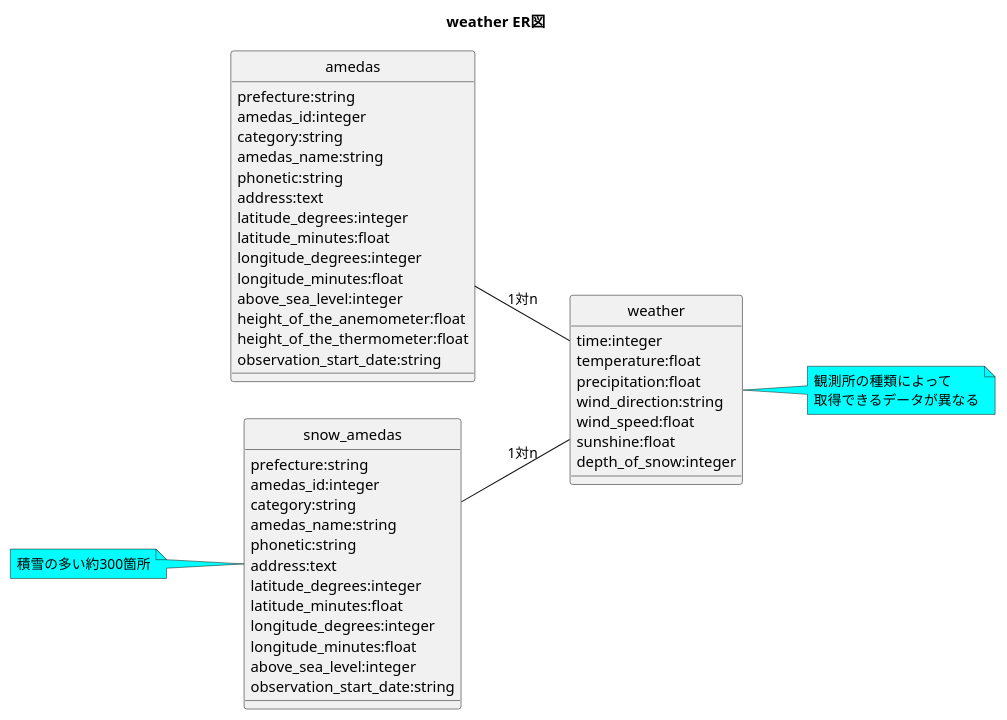
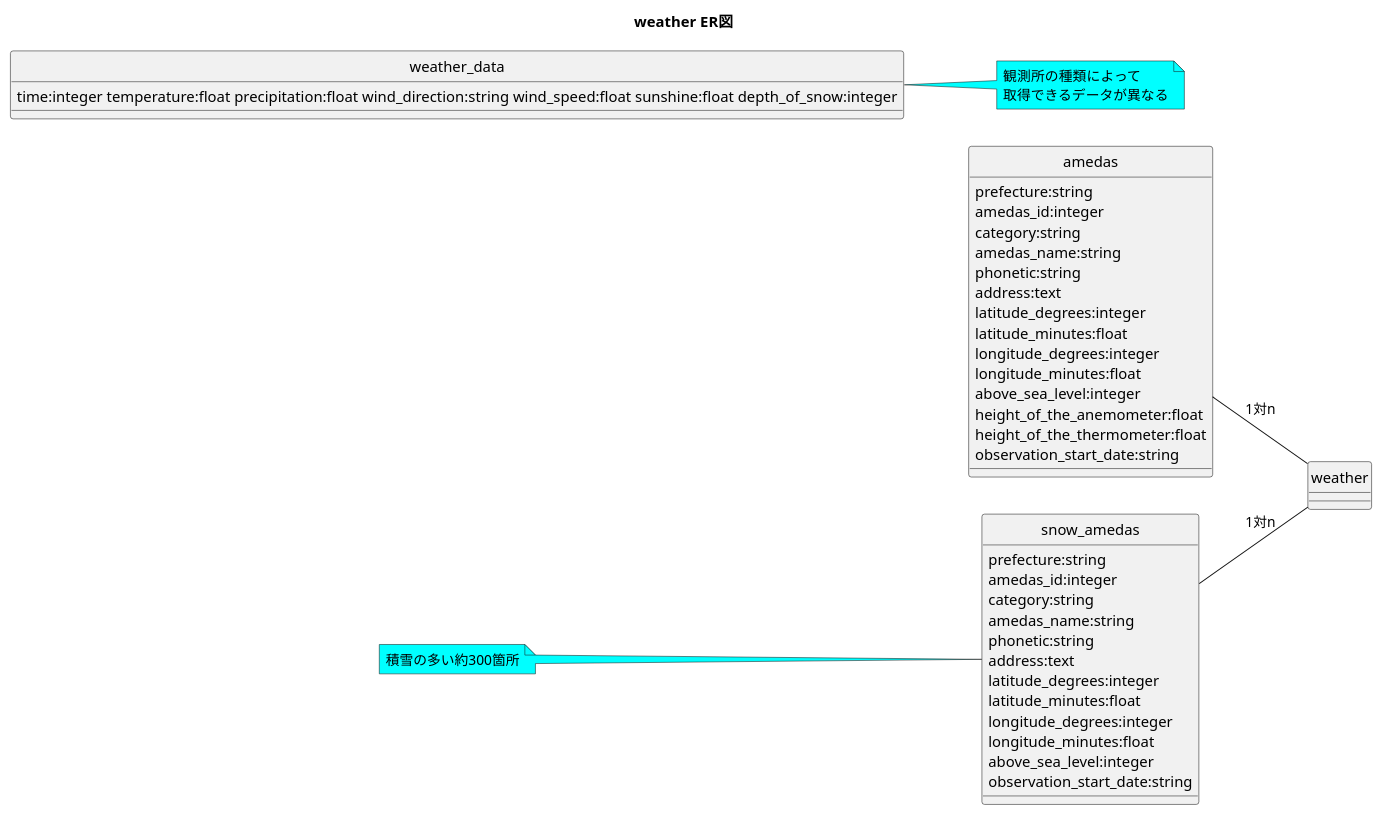
Before and after one commit to jagio0129/weather: the diagram in doc/db_plan/true_database.pu, drawn with PlantUML.

Commit message:
モデル名にWeatherが使用できなかったので変更

```diff
--- a/doc/db_plan/true_database.pu
+++ b/doc/db_plan/true_database.pu
@@ -1,60 +1,54 @@
 @startuml
 left to right direction
 hide circle
 
 title weather ER図
 
 class amedas{
   prefecture:string
   amedas_id:integer
   category:string
   amedas_name:string
   phonetic:string
   address:text
   latitude_degrees:integer
   latitude_minutes:float
   longitude_degrees:integer
   longitude_minutes:float
   above_sea_level:integer
   height_of_the_anemometer:float
   height_of_the_thermometer:float
   observation_start_date:string
 }
 
 class snow_amedas{
   prefecture:string
   amedas_id:integer
   category:string
   amedas_name:string
   phonetic:string
   address:text
   latitude_degrees:integer
   latitude_minutes:float
   longitude_degrees:integer
   longitude_minutes:float
   above_sea_level:integer
-observation_start_date:string
+  observation_start_date:string
 }
 note left #aqua
   積雪の多い約300箇所
 end note
 
-class weather{
-  time:integer
-  temperature:float
-  precipitation:float
-  wind_direction:string
-  wind_speed:float
-  sunshine:float
-  depth_of_snow:integer
+class weather_data{
+  time:integer temperature:float precipitation:float wind_direction:string wind_speed:float sunshine:float depth_of_snow:integer
 }
 
 note right #aqua
   観測所の種類によって
   取得できるデータが異なる
 end note
 
 amedas -- weather :1対n
 snow_amedas -- weather :1対n
 
 @enduml
```
